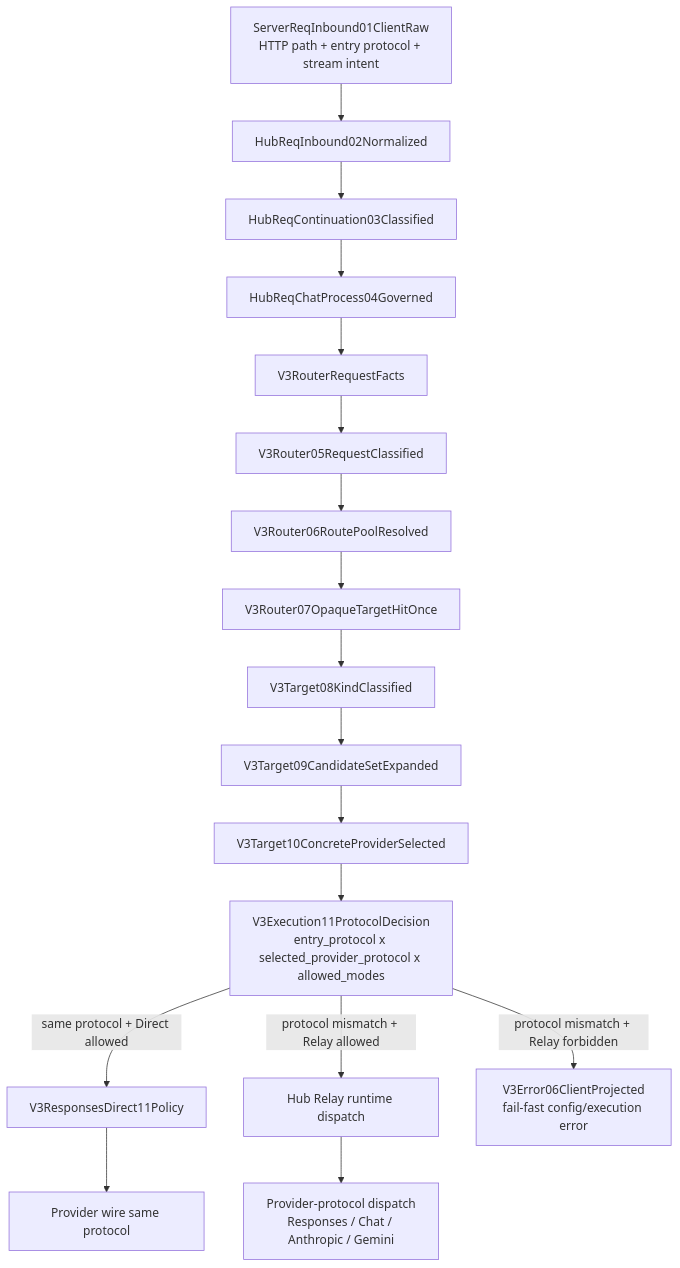
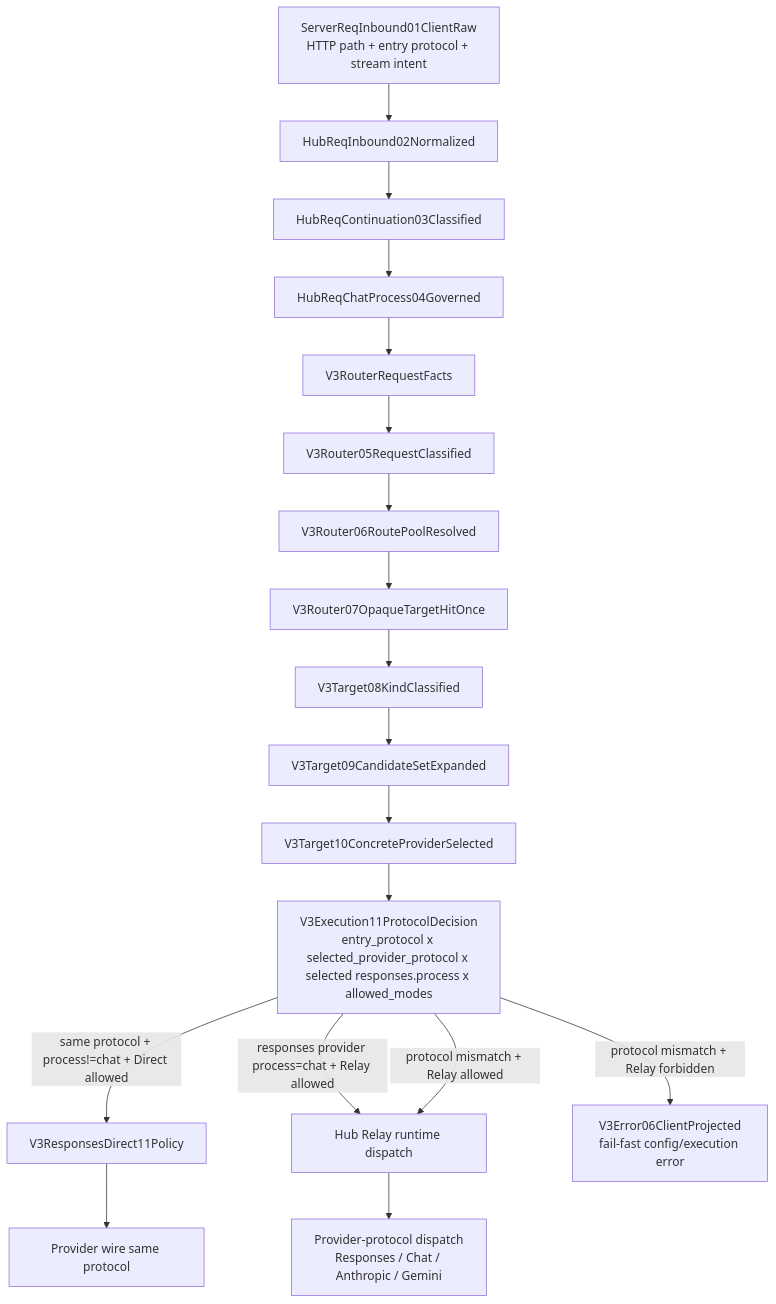
Before and after one commit to Jasonzhangf/routecodex: the diagram in docs/goals/v3-vr-target-protocol-execution-decision-sop.md, drawn with Mermaid. The commit also changed other lines of this file and 106 other files, not shown here.

Commit message:
fix(v3): normalize Responses fields through Chat codecs

````diff
--- a/docs/goals/v3-vr-target-protocol-execution-decision-sop.md
+++ b/docs/goals/v3-vr-target-protocol-execution-decision-sop.md
@@ -17,19 +17,20 @@
 ```mermaid
 flowchart TD
   A[ServerReqInbound01ClientRaw\nHTTP path + entry protocol + stream intent] --> B[HubReqInbound02Normalized]
   B --> C[HubReqContinuation03Classified]
   C --> D[HubReqChatProcess04Governed]
   D --> E[V3RouterRequestFacts]
   E --> F[V3Router05RequestClassified]
   F --> G[V3Router06RoutePoolResolved]
   G --> H[V3Router07OpaqueTargetHitOnce]
   H --> I[V3Target08KindClassified]
   I --> J[V3Target09CandidateSetExpanded]
   J --> K[V3Target10ConcreteProviderSelected]
-  K --> L[V3Execution11ProtocolDecision\nentry_protocol x selected_provider_protocol x allowed_modes]
-  L -->|same protocol + Direct allowed| M[V3ResponsesDirect11Policy]
+  K --> L[V3Execution11ProtocolDecision\nentry_protocol x selected_provider_protocol x selected responses.process x allowed_modes]
+  L -->|same protocol + process!=chat + Direct allowed| M[V3ResponsesDirect11Policy]
+  L -->|responses provider process=chat + Relay allowed| N
   L -->|protocol mismatch + Relay allowed| N[Hub Relay runtime dispatch]
   L -->|protocol mismatch + Relay forbidden| O[V3Error06ClientProjected\nfail-fast config/execution error]
   M --> P[Provider wire same protocol]
   N --> Q[Provider-protocol dispatch\nResponses / Chat / Anthropic / Gemini]
 ```
````
